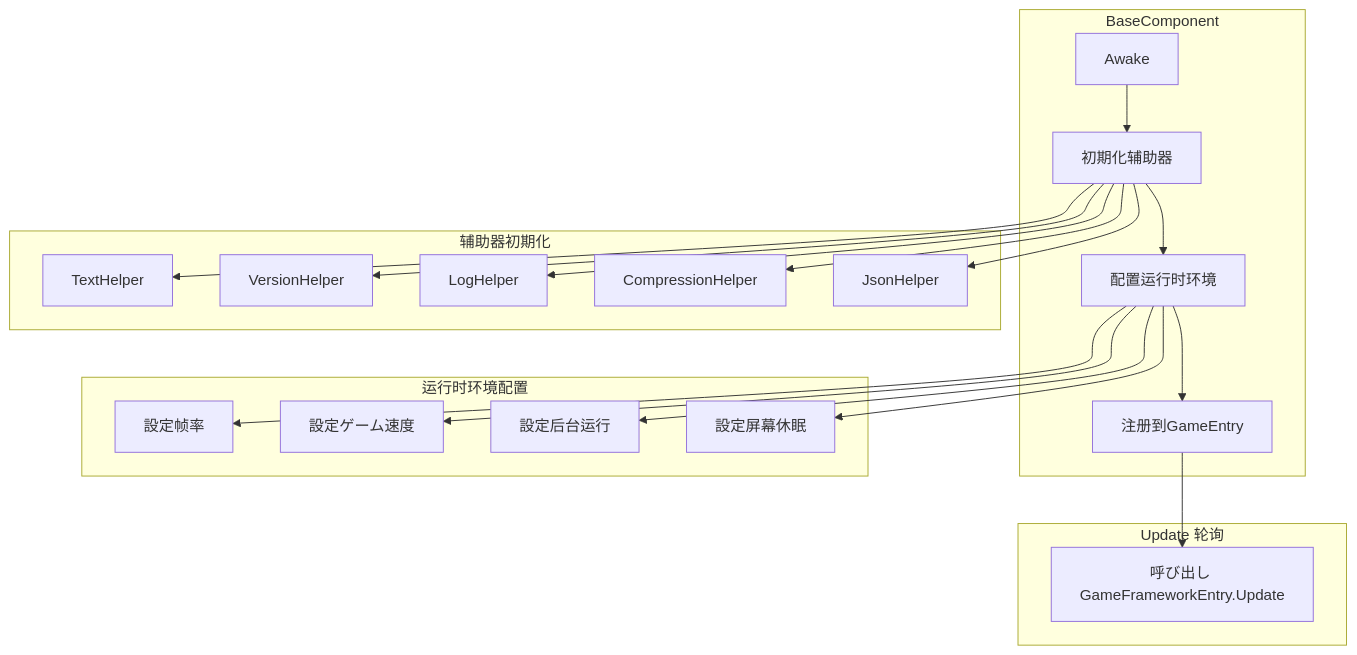
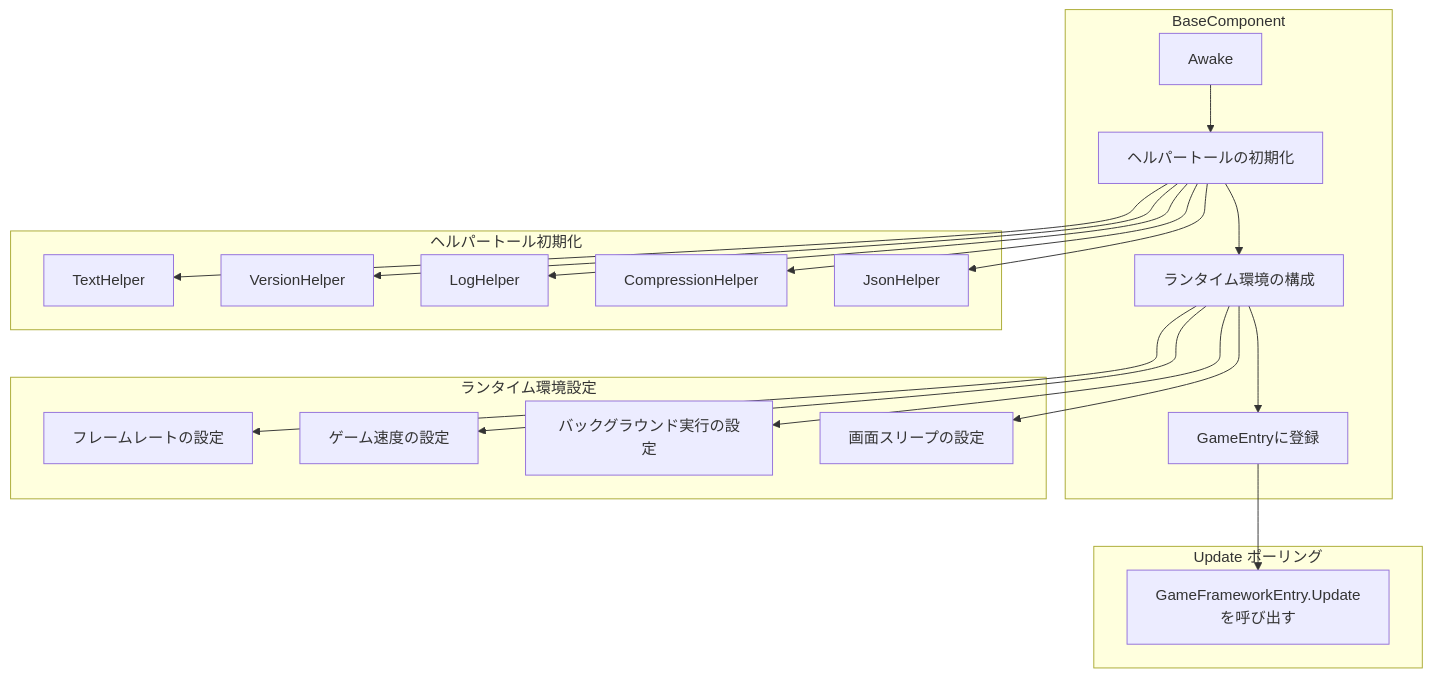
Before and after one commit to AlianBlank/GameFrameX.Docs: the third of 4 diagrams in docs/ja/client/unity/component/core/05.base.md, drawn with Mermaid. The commit also changed other lines of this file and 320 other files, not shown here.

````diff
--- a/docs/ja/client/unity/component/core/05.base.md
+++ b/docs/ja/client/unity/component/core/05.base.md
@@ -81,28 +81,28 @@
 ```mermaid
 flowchart TD
     subgraph BaseComponent["BaseComponent"]
         A[Awake]
-        --> B[初期化辅助器]
-        --> C[配置运行时环境]
-        --> D[注册到GameEntry]
+        --> B[ヘルパートールの初期化]
+        --> C[ランタイム環境の構成]
+        --> D[GameEntryに登録]
     end
 
-    subgraph 辅助器["辅助器初期化"]
+    subgraph ヘルパートール["ヘルパートール初期化"]
         B --> B1[TextHelper]
         B --> B2[VersionHelper]
         B --> B3[LogHelper]
         B --> B4[CompressionHelper]
         B --> B5[JsonHelper]
     end
 
-    subgraph 运行时配置["运行时环境配置"]
-        C --> C1[設定帧率]
-        C --> C2[設定ゲーム速度]
-        C --> C3[設定后台运行]
-        C --> C4[設定屏幕休眠]
+    subgraph ランタイム環境["ランタイム環境設定"]
+        C --> C1[フレームレートの設定]
+        C --> C2[ゲーム速度の設定]
+        C --> C3[バックグラウンド実行の設定]
+        C --> C4[画面スリープの設定]
     end
 
-    subgraph Update["Update 轮询"]
-        D --> E[呼び出し GameFrameworkEntry.Update]
+    subgraph Update["Update ポーリング"]
+        D --> E[GameFrameworkEntry.Updateを呼び出す]
     end
 ```
````
